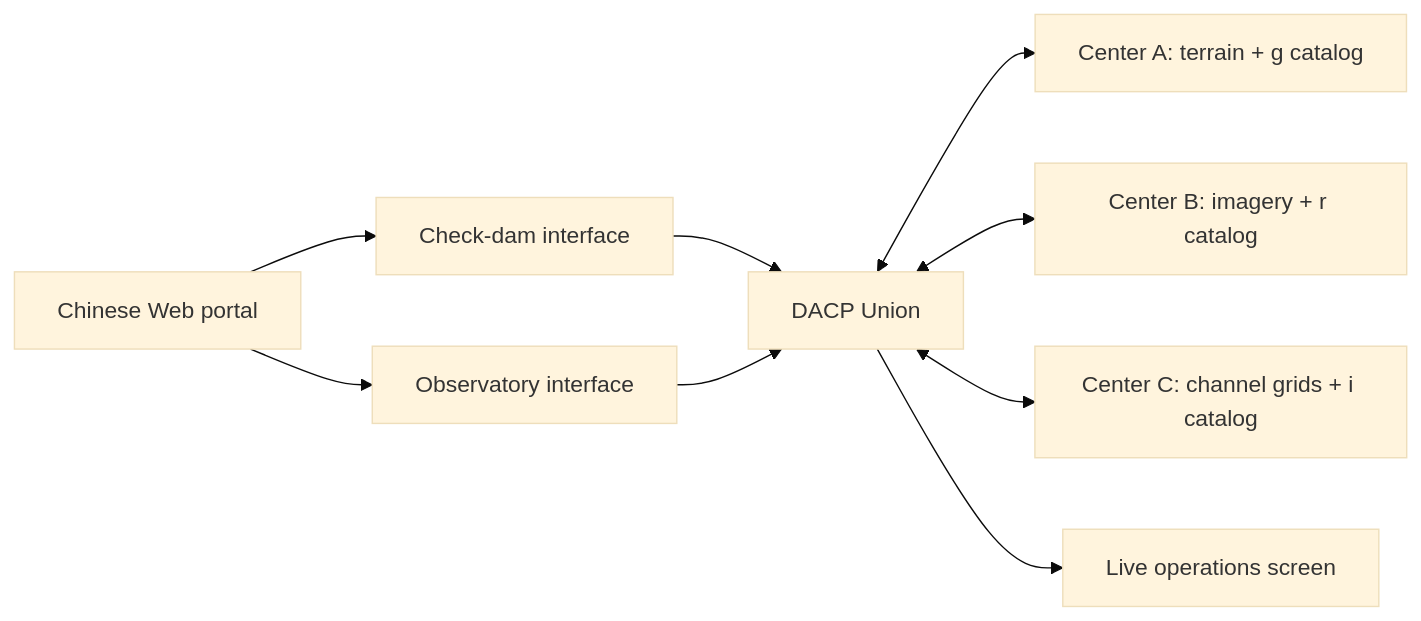
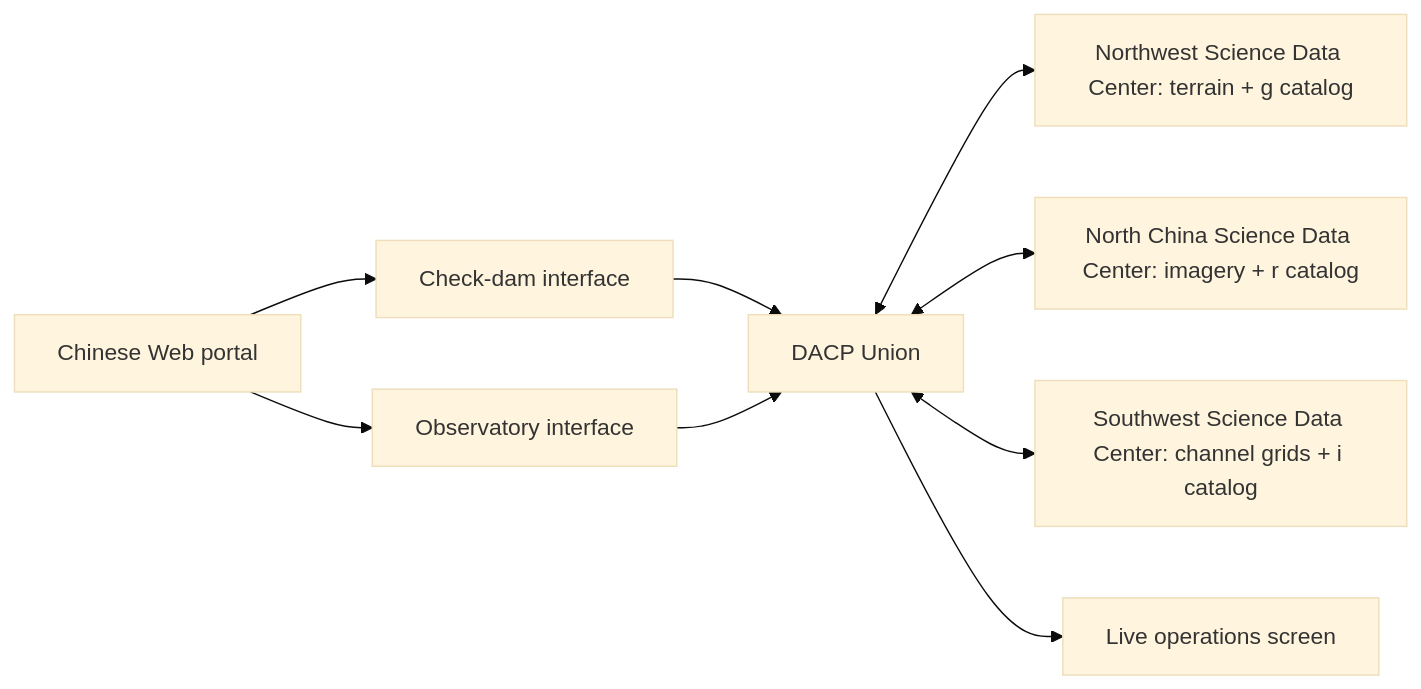
Before and after one commit to rdcn-link/conet: the diagram in README.md, drawn with Mermaid (base theme). The commit also changed 39 other files, not shown here.

````diff
--- a/README.md
+++ b/README.md
@@ -13,11 +13,11 @@
 ```mermaid
 flowchart LR
     Visitor[Chinese Web portal] --> Dam[Check-dam interface]
     Visitor --> Astro[Observatory interface]
     Dam --> U[DACP Union]
     Astro --> U
-    U <--> A[Center A: terrain + g catalog]
-    U <--> B[Center B: imagery + r catalog]
-    U <--> C[Center C: channel grids + i catalog]
+    U <--> A[Northwest Science Data Center: terrain + g catalog]
+    U <--> B[North China Science Data Center: imagery + r catalog]
+    U <--> C[Southwest Science Data Center: channel grids + i catalog]
     U --> Screen[Live operations screen]
 ```
````
